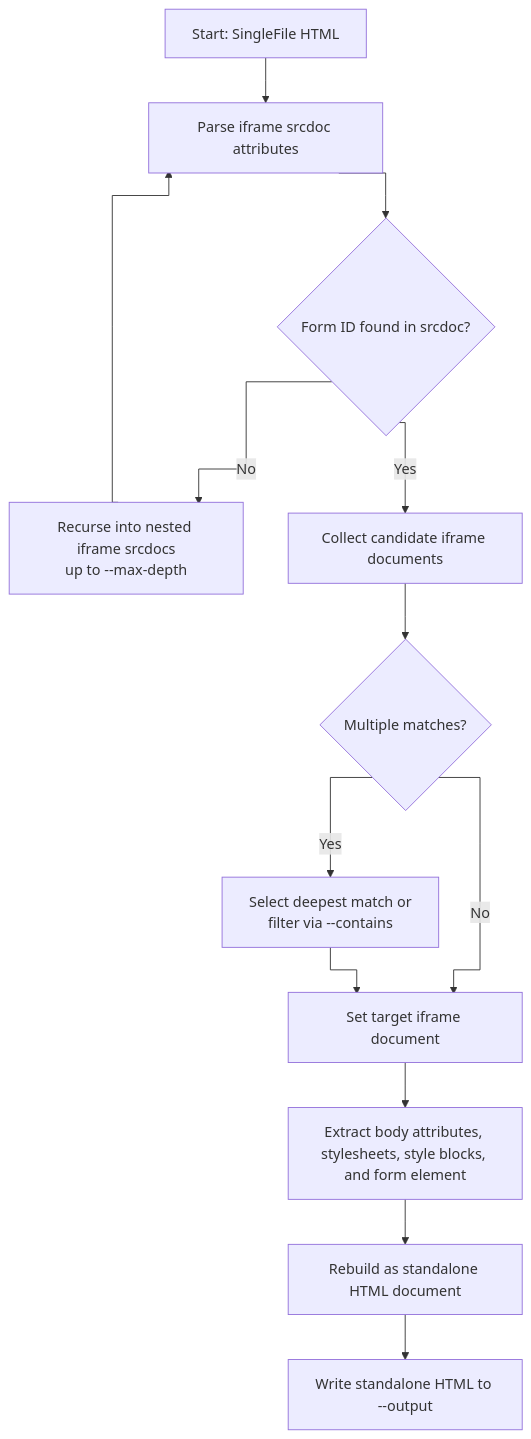
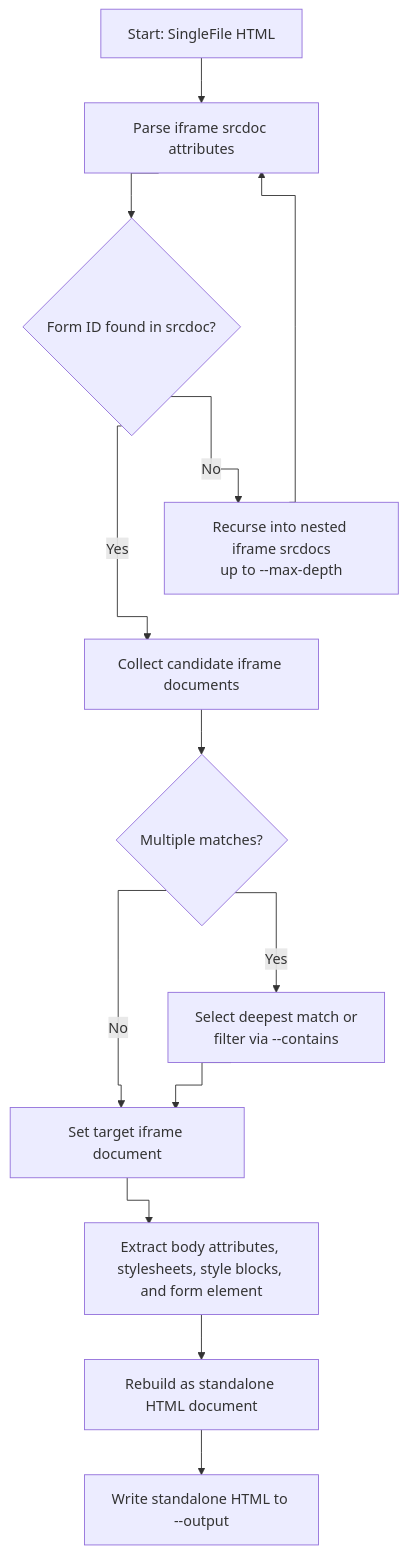
The first of 2 diagrams in README.md (maxzz/singlefile-extractor-go), drawn with Mermaid before and after one commit. The commit also changed other lines of this file, not shown here.

Commit message:
WIP. README.md diagrams. 4. add hidden nodes

````diff
--- a/README.md
+++ b/README.md
@@ -248,30 +248,36 @@
 ```mermaid
 %%{ init: { 'flowchart': { 'curve': 'stepAfter' } } }%%
-graph TD
+flowchart TD
     %% Node Definitions
     A["Start: SingleFile HTML"]
     B["Parse iframe srcdoc attributes"]
     C{"Form ID found in srcdoc?"}
     D["Recurse into nested iframe srcdocs<br>up to --max-depth"]
     E["Collect candidate iframe documents"]
     F{"Multiple matches?"}
     G["Select deepest match or<br>filter via --contains"]
     H["Set target iframe document"]
     I["Extract body attributes, stylesheets, style blocks, and form element"]
     J["Rebuild as standalone HTML document"]
     K["Write standalone HTML to --output"]
 
-    %% Connections
+    %% Direct vertical alignment for Main flow
     A --> B
     B --> C
-    C -->|No| D
-    D --> B
     C -->|Yes| E
     E --> F
-    F -->|Yes| G
     F -->|No| H
-    G --> H
     H --> I
     I --> J
     J --> K
+
+    %% Lateral branches (out of corners horizontally)
+    C -->|No| D
+    D --> B
+    F -->|Yes| G
+    G --> H
+
+    %% Invisible alignment links to force vertical stacking
+    D ~~~ E
+    G ~~~ I
 ```
````
